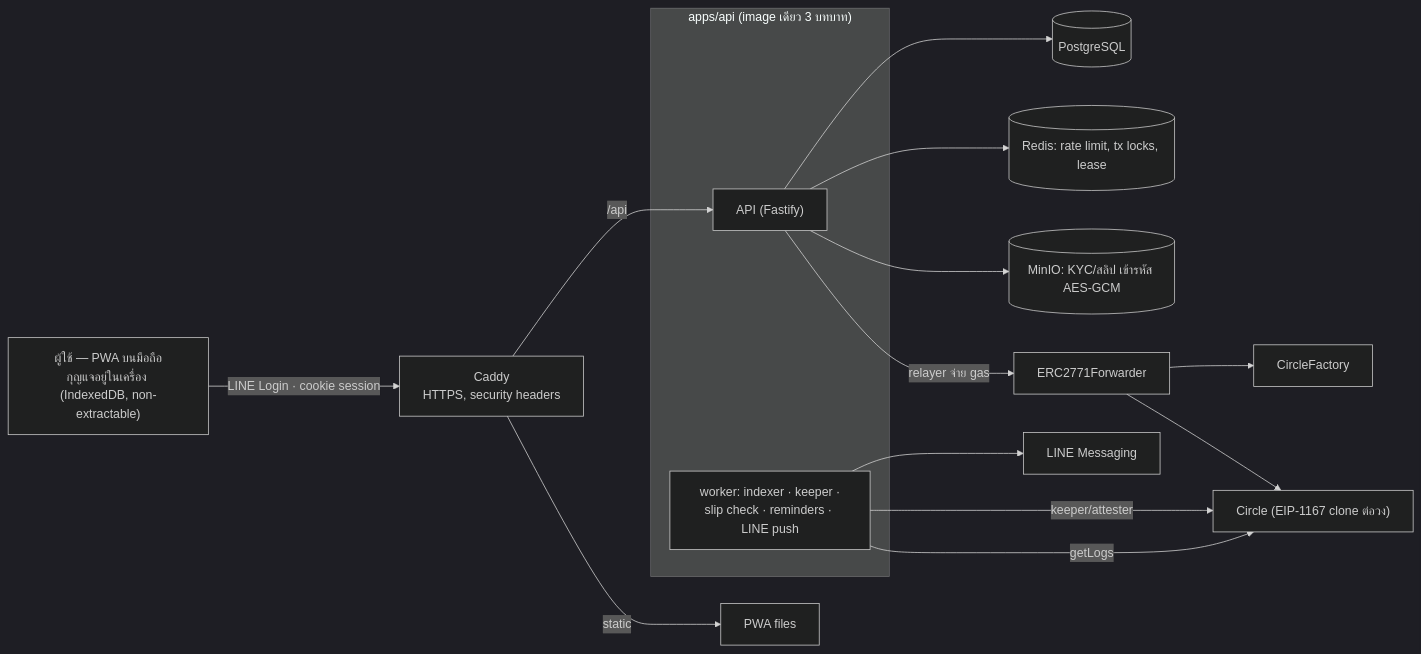
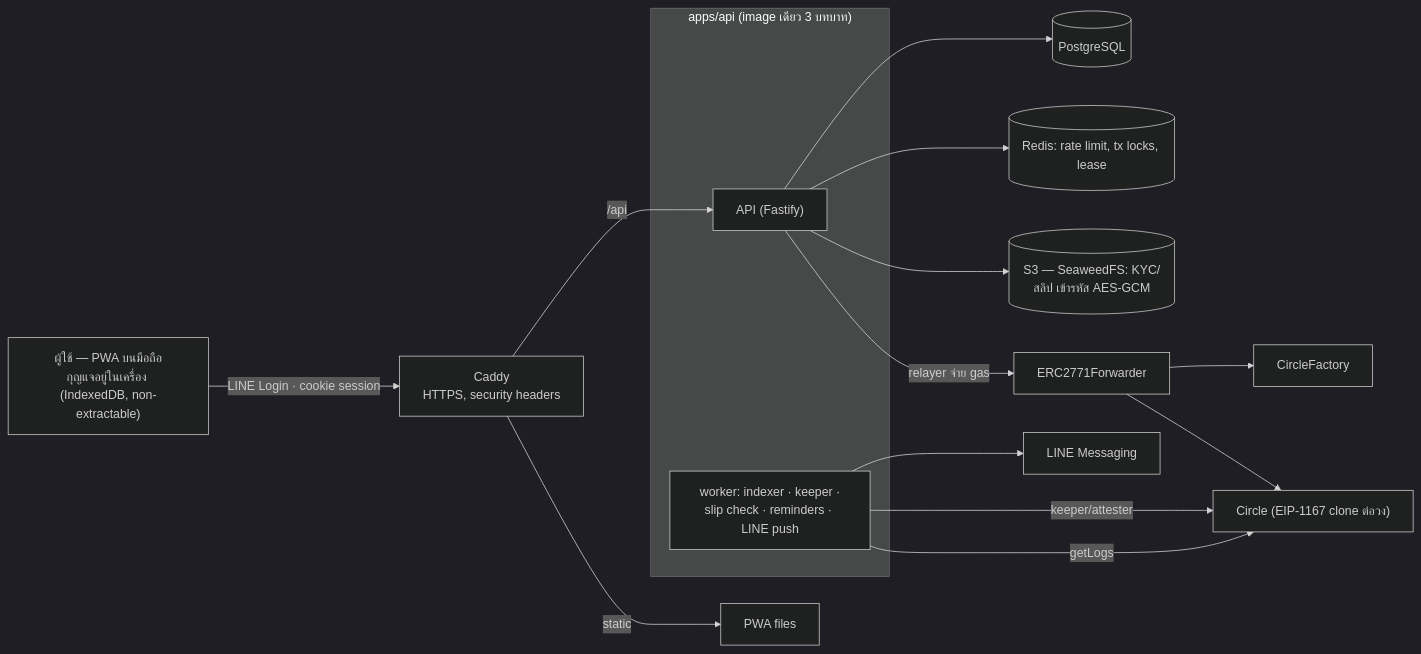
Before and after one commit to bankforall/platform: the first of 2 diagrams in docs/v2/architecture.md, drawn with Mermaid (dark theme). The commit also changed other lines of this file and 79 other files, not shown here.

````diff
--- a/docs/v2/architecture.md
+++ b/docs/v2/architecture.md
@@ -7,18 +7,18 @@
 ```mermaid
 flowchart LR
     U["ผู้ใช้ — PWA บนมือถือ<br/>กุญแจอยู่ในเครื่อง (IndexedDB, non-extractable)"] -- "LINE Login · cookie session" --> C
     C["Caddy<br/>HTTPS, security headers"] -- /api --> API
     C -- static --> PWA[PWA files]
     subgraph Backend ["apps/api (image เดียว 3 บทบาท)"]
       API["API (Fastify)"]
       W["worker: indexer · keeper ·<br/>slip check · reminders · LINE push"]
     end
     API --> PG[(PostgreSQL)]
     API --> R[(Redis: rate limit, tx locks, lease)]
-    API --> S3[(MinIO: KYC/สลิป เข้ารหัส AES-GCM)]
+    API --> S3[(S3 — SeaweedFS: KYC/สลิป เข้ารหัส AES-GCM)]
     API -- "relayer จ่าย gas" --> F["ERC2771Forwarder"]
     F --> CF["CircleFactory"] & CI["Circle (EIP-1167 clone ต่อวง)"]
     W -- keeper/attester --> CI
     W -- getLogs --> CI
     W --> LINE[LINE Messaging]
 ```
````
